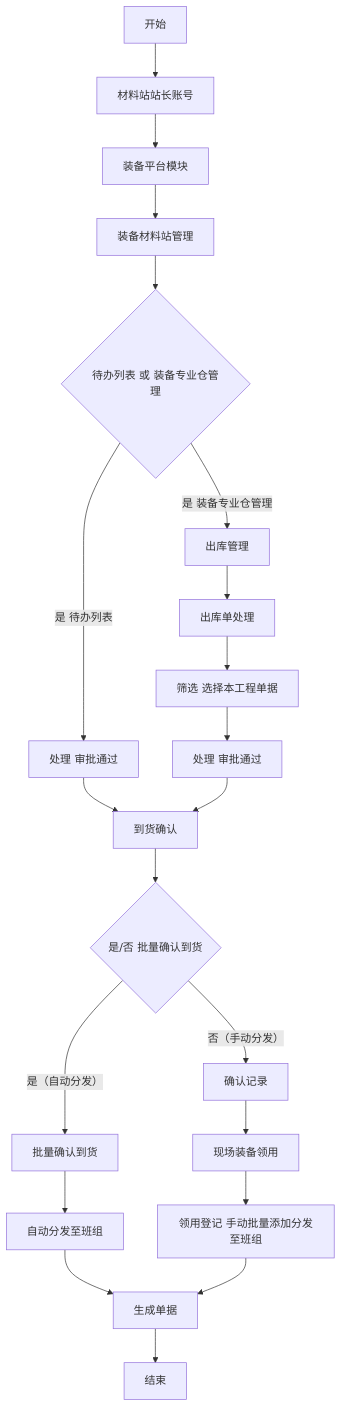
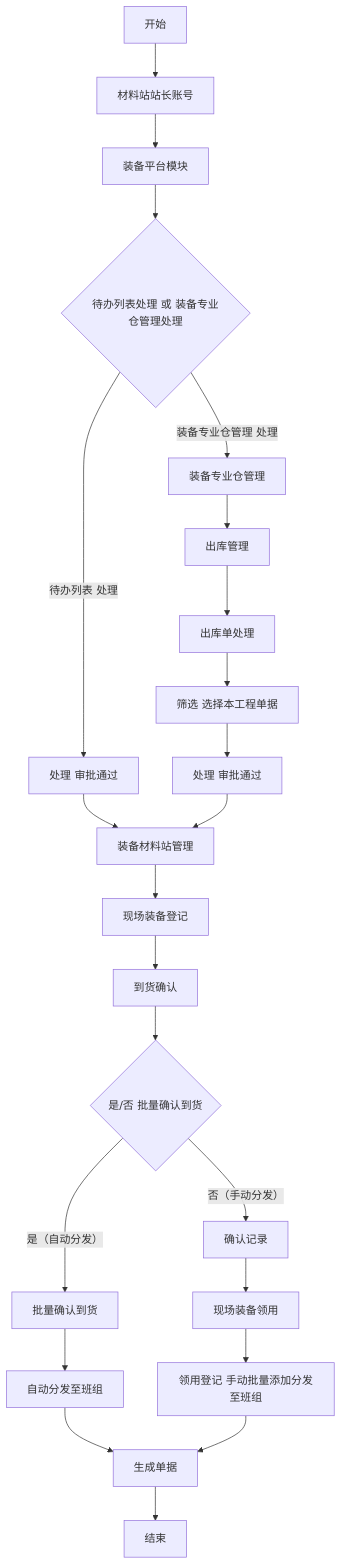
Before and after one commit to glaze-blue/zett-single-project: the fourth of 8 diagrams in asset/单项工程现场装备全流程管理流程图.md, drawn with Mermaid.

Commit message:
单项工程名称模块调整，流程图相应的做出调整

````diff
--- a/asset/单项工程现场装备全流程管理流程图.md
+++ b/asset/单项工程现场装备全流程管理流程图.md
@@ -100,19 +100,18 @@
 ```mermaid
 graph TD
     00[开始] --> A[材料站站长账号]
     A --> B[装备平台模块]
-    B --> C[装备材料站管理]
-    C --> D{待办列表 或 装备专业仓管理}
-    D --> |是 待办列表|D1[处理 审批通过] --> E[到货确认]
-    D --> |是 装备专业仓管理|D2[出库管理] --> D3[出库单处理] --> D4[筛选 选择本工程单据] --> D5[处理 审批通过]
-    D5 --> E[到货确认]
-    E --> F{是/否 批量确认到货}
+    B --> D{待办列表处理 或 装备专业仓管理处理}
+    D --> |待办列表 处理|D1[处理 审批通过] --> E1[装备材料站管理]
+    D --> |装备专业仓管理 处理|D6[装备专业仓管理] --> D2[出库管理] --> D3[出库单处理] --> D4[筛选 选择本工程单据] --> D5[处理 审批通过]
+    D5 --> E1[装备材料站管理] --> E2[现场装备登记] --> E3[到货确认]
+    E3 --> F{是/否 批量确认到货}
     F --> |是（自动分发）|G[批量确认到货]
     F --> |否（手动分发）|H[确认记录]
     G --> I[自动分发至班组]
     I --> K[生成单据]
     H --> J[现场装备领用]
     J --> L[领用登记 手动批量添加分发至班组]
     L --> K[生成单据]
     K --> M[结束]
 ```
````
